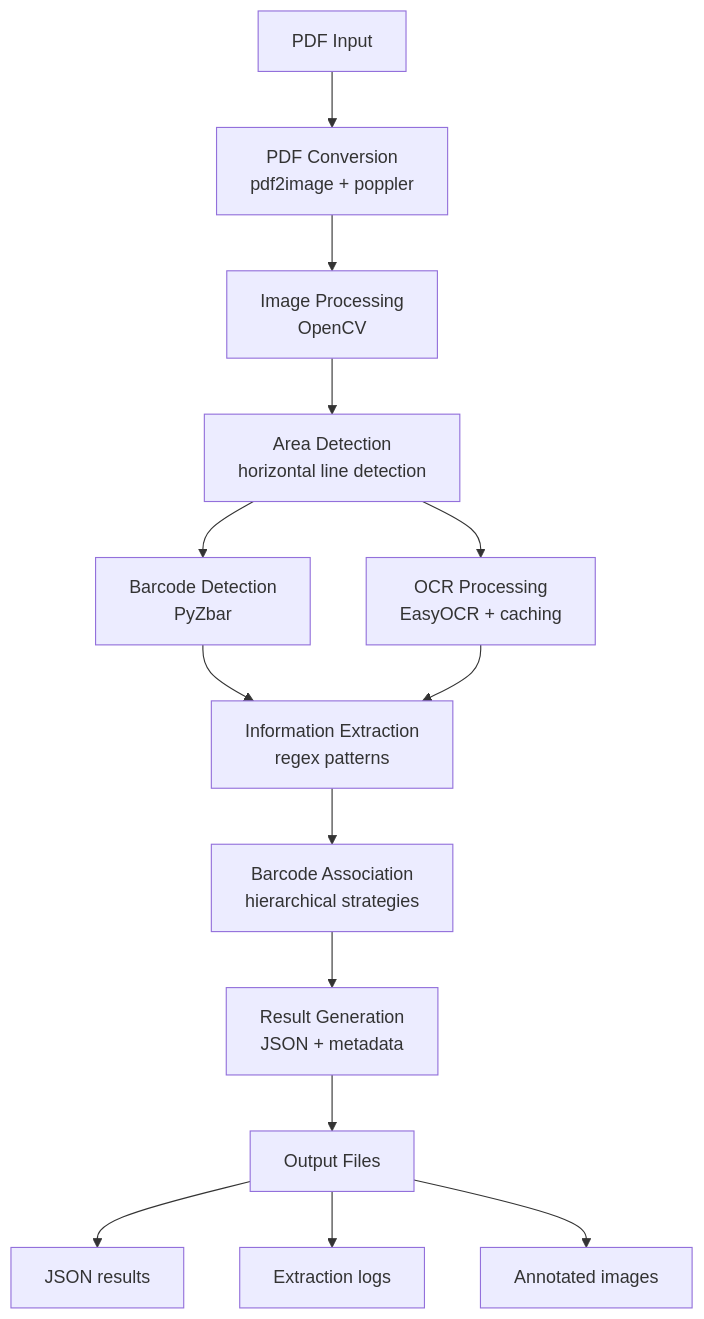
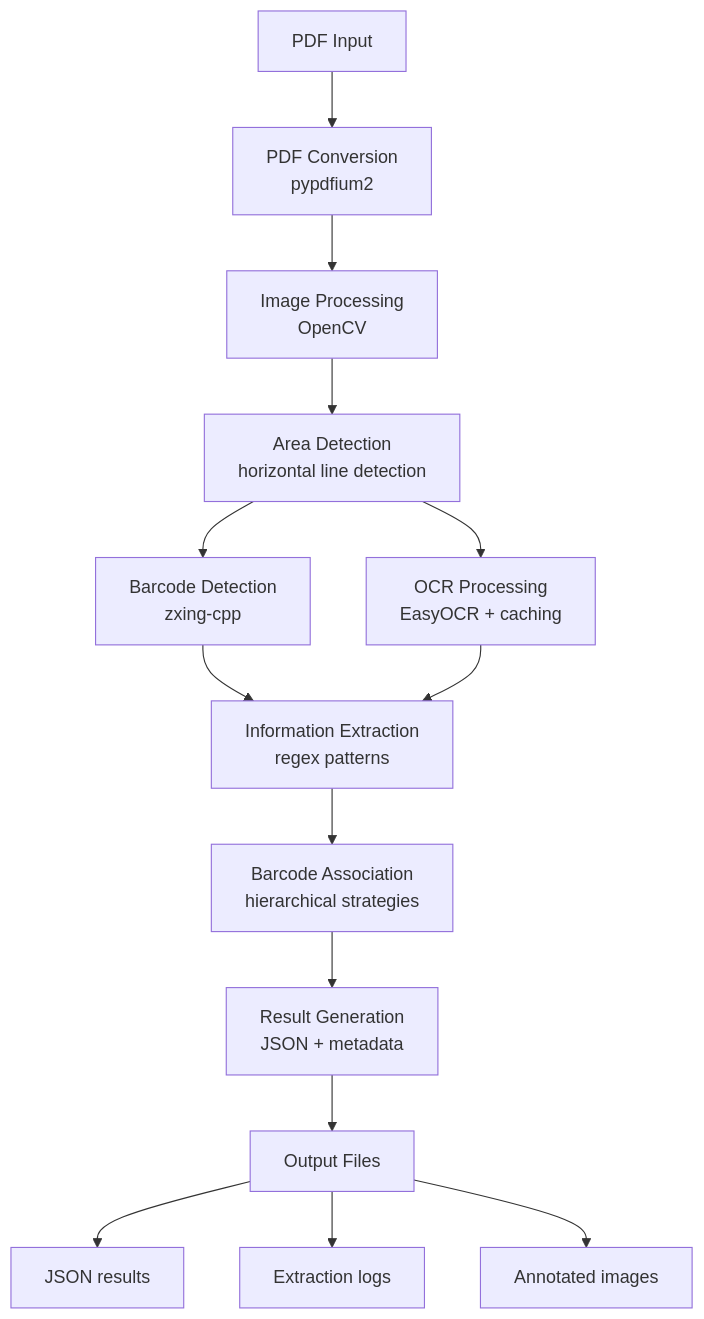
Before and after one commit to COGNIMANEU/pilot03-service-job-card-extractor: the first of 2 diagrams in docs/architecture.md, drawn with Mermaid. The commit also changed other lines of this file and 14 other files, not shown here.

First line of the commit message:
chore(deps): swap pdf2image/pyzbar for pypdfium2/zxing-cpp (#214) (#14)

````diff
--- a/docs/architecture.md
+++ b/docs/architecture.md
@@ -7,15 +7,15 @@
 ```mermaid
 flowchart TD
-    A[PDF Input] --> B[PDF Conversion<br/>pdf2image + poppler]
+    A[PDF Input] --> B[PDF Conversion<br/>pypdfium2]
     B --> C[Image Processing<br/>OpenCV]
     C --> D[Area Detection<br/>horizontal line detection]
-    D --> E[Barcode Detection<br/>PyZbar]
+    D --> E[Barcode Detection<br/>zxing-cpp]
     D --> F[OCR Processing<br/>EasyOCR + caching]
     E & F --> G[Information Extraction<br/>regex patterns]
     G --> H[Barcode Association<br/>hierarchical strategies]
     H --> I[Result Generation<br/>JSON + metadata]
     I --> J[Output Files]
     J --> J1[JSON results]
     J --> J2[Extraction logs]
     J --> J3[Annotated images]
 ```
````
